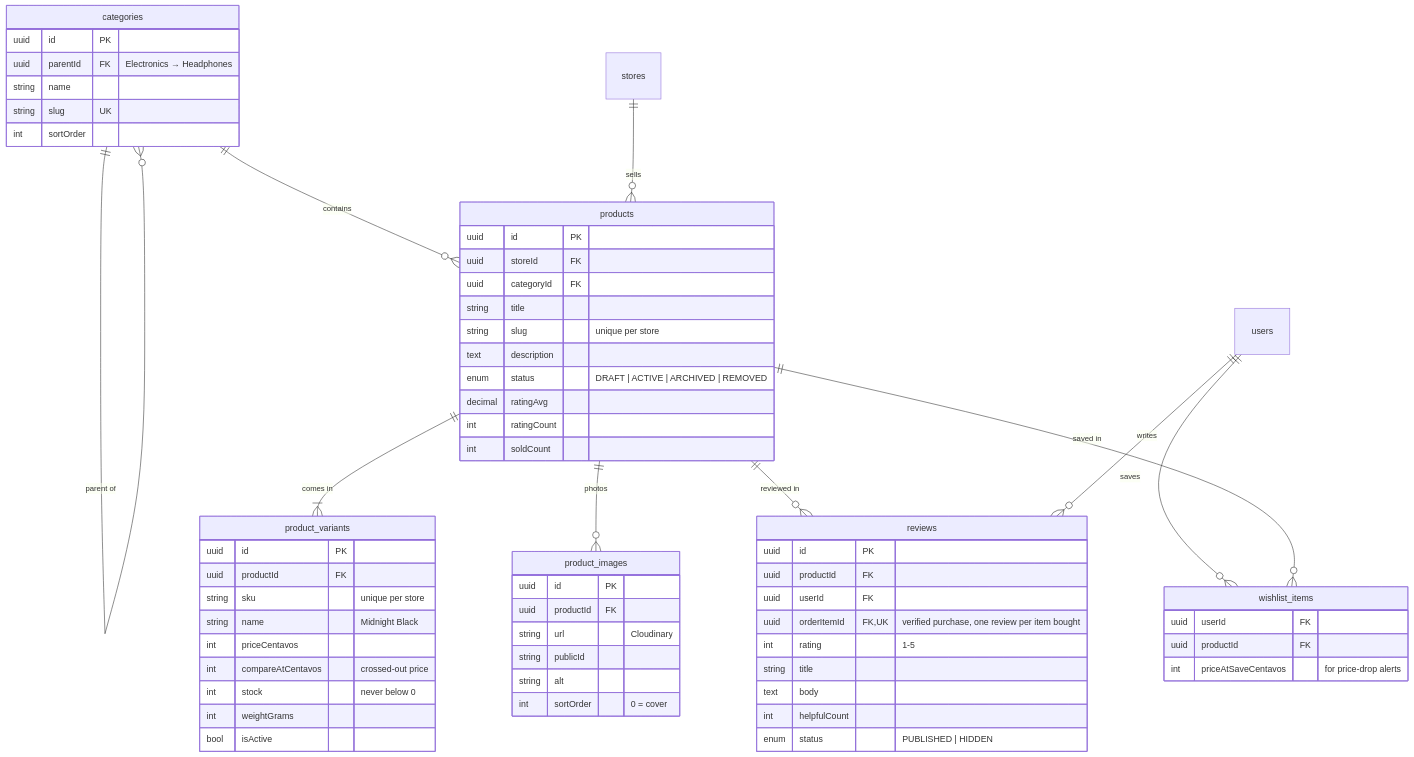
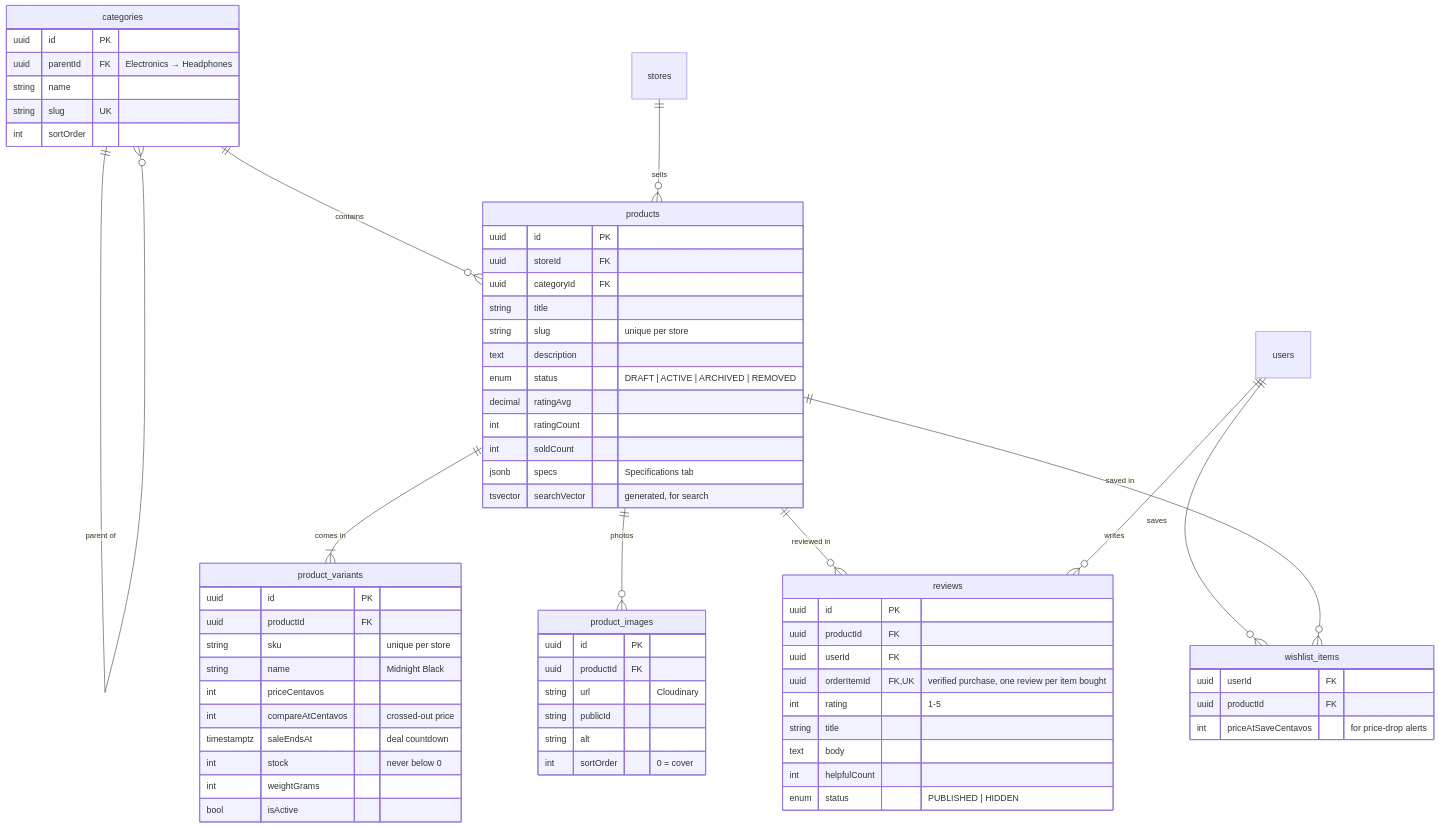
Before and after one commit to Justin-25/E-commerce-FullStack-project: the third of 5 diagrams in backend/docs/database-design.md, drawn with Mermaid. The commit also changed other lines of this file and 20 other files, not shown here.

````diff
--- a/backend/docs/database-design.md
+++ b/backend/docs/database-design.md
@@ -180,66 +180,69 @@
 ```mermaid
 erDiagram
   categories ||--o{ categories : "parent of"
   categories ||--o{ products : "contains"
   stores ||--o{ products : "sells"
   products ||--|{ product_variants : "comes in"
   products ||--o{ product_images : "photos"
   products ||--o{ reviews : "reviewed in"
   users ||--o{ reviews : "writes"
   users ||--o{ wishlist_items : "saves"
   products ||--o{ wishlist_items : "saved in"
   categories {
     uuid id PK
     uuid parentId FK "Electronics → Headphones"
     string name
     string slug UK
     int sortOrder
   }
   products {
     uuid id PK
     uuid storeId FK
     uuid categoryId FK
     string title
     string slug "unique per store"
     text description
     enum status "DRAFT | ACTIVE | ARCHIVED | REMOVED"
     decimal ratingAvg
     int ratingCount
     int soldCount
+    jsonb specs "Specifications tab"
+    tsvector searchVector "generated, for search"
   }
   product_variants {
     uuid id PK
     uuid productId FK
     string sku "unique per store"
     string name "Midnight Black"
     int priceCentavos
     int compareAtCentavos "crossed-out price"
+    timestamptz saleEndsAt "deal countdown"
     int stock "never below 0"
     int weightGrams
     bool isActive
   }
   product_images {
     uuid id PK
     uuid productId FK
     string url "Cloudinary"
     string publicId
     string alt
     int sortOrder "0 = cover"
   }
   reviews {
     uuid id PK
     uuid productId FK
     uuid userId FK
     uuid orderItemId FK,UK "verified purchase, one review per item bought"
     int rating "1-5"
     string title
     text body
     int helpfulCount
     enum status "PUBLISHED | HIDDEN"
   }
   wishlist_items {
     uuid userId FK
     uuid productId FK
     int priceAtSaveCentavos "for price-drop alerts"
   }
 ```
````
